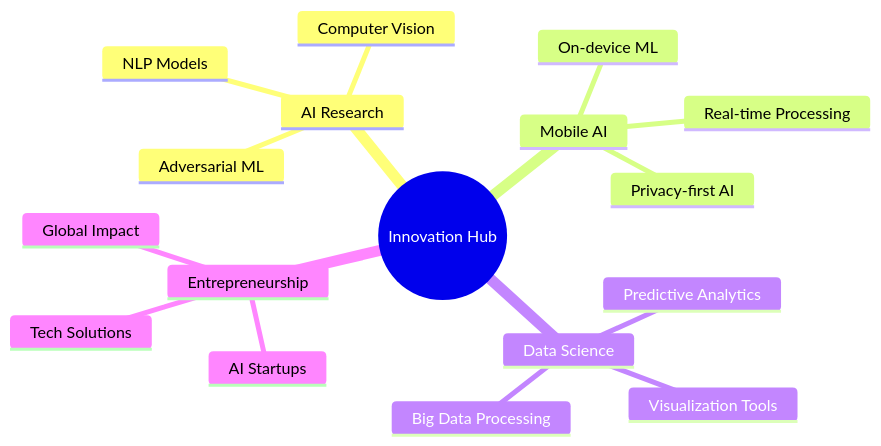
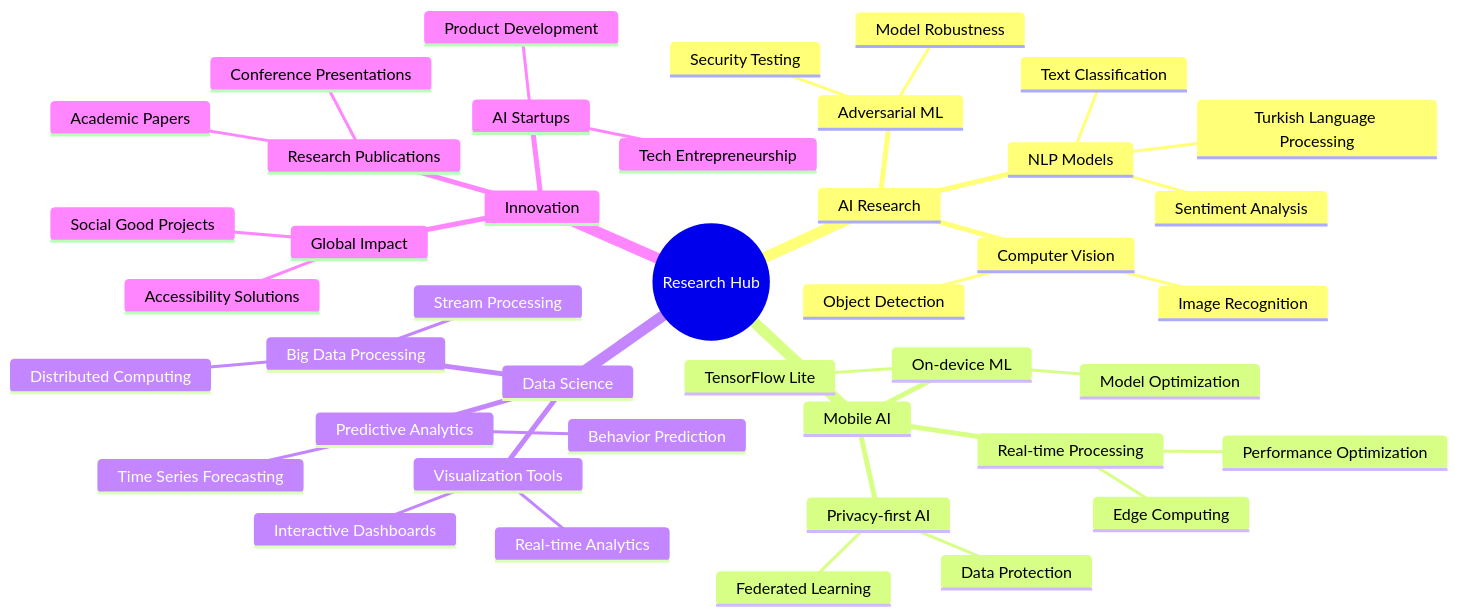
Before and after one commit to elifnuroksuzz/elifnuroksuzz: the diagram in README.md, drawn with Mermaid. The commit also changed other lines of this file, not shown here.

````diff
--- a/README.md
+++ b/README.md
@@ -273,20 +422,45 @@
 ```mermaid
 mindmap
-  root((Innovation Hub))
+  root((Research Hub))
     AI Research
       NLP Models
+        Turkish Language Processing
+        Sentiment Analysis
+        Text Classification
       Computer Vision
+        Image Recognition
+        Object Detection
       Adversarial ML
+        Model Robustness
+        Security Testing
     Mobile AI
       On-device ML
+        TensorFlow Lite
+        Model Optimization
       Real-time Processing
+        Edge Computing
+        Performance Optimization
       Privacy-first AI
+        Federated Learning
+        Data Protection
     Data Science
       Predictive Analytics
+        Time Series Forecasting
+        Behavior Prediction
       Visualization Tools
+        Interactive Dashboards
+        Real-time Analytics
       Big Data Processing
-    Entrepreneurship
+        Stream Processing
+        Distributed Computing
+    Innovation
       AI Startups
-      Tech Solutions
+        Tech Entrepreneurship
+        Product Development
+      Research Publications
+        Academic Papers
+        Conference Presentations
       Global Impact
+        Accessibility Solutions
+        Social Good Projects
 ```
````
